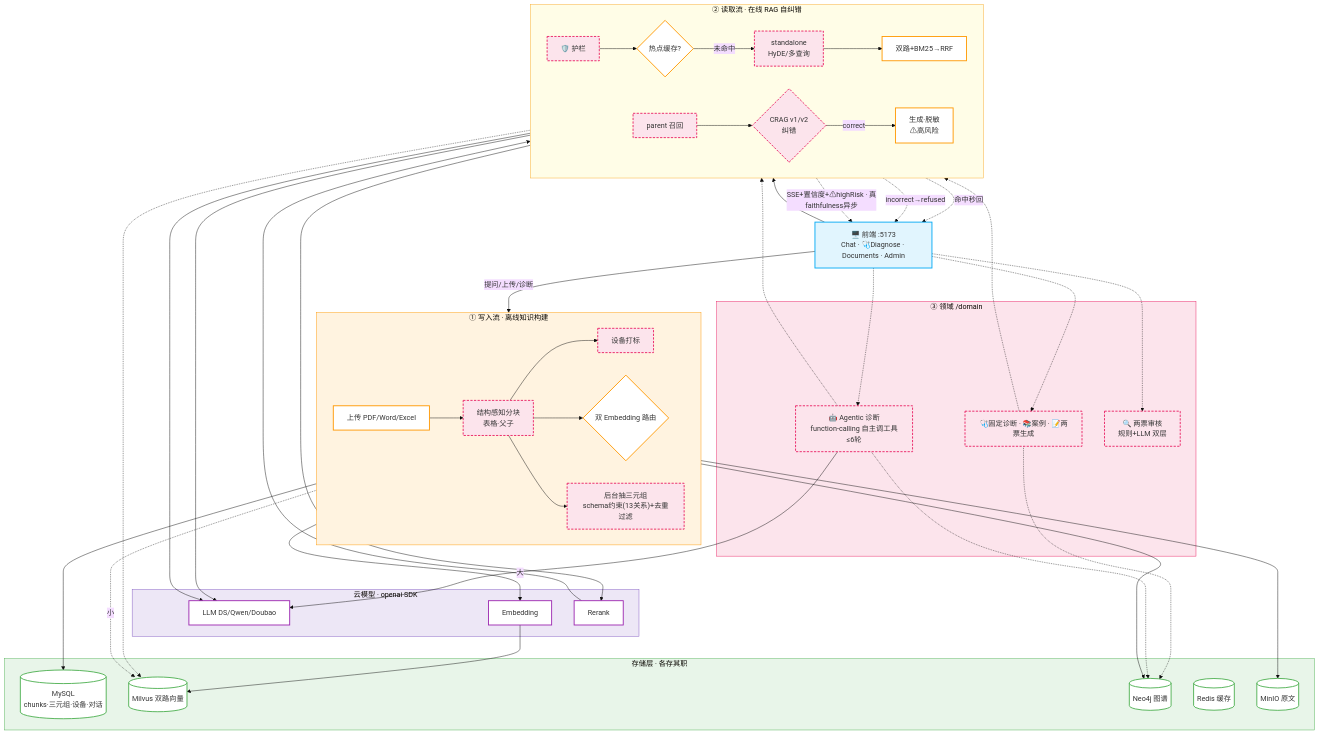
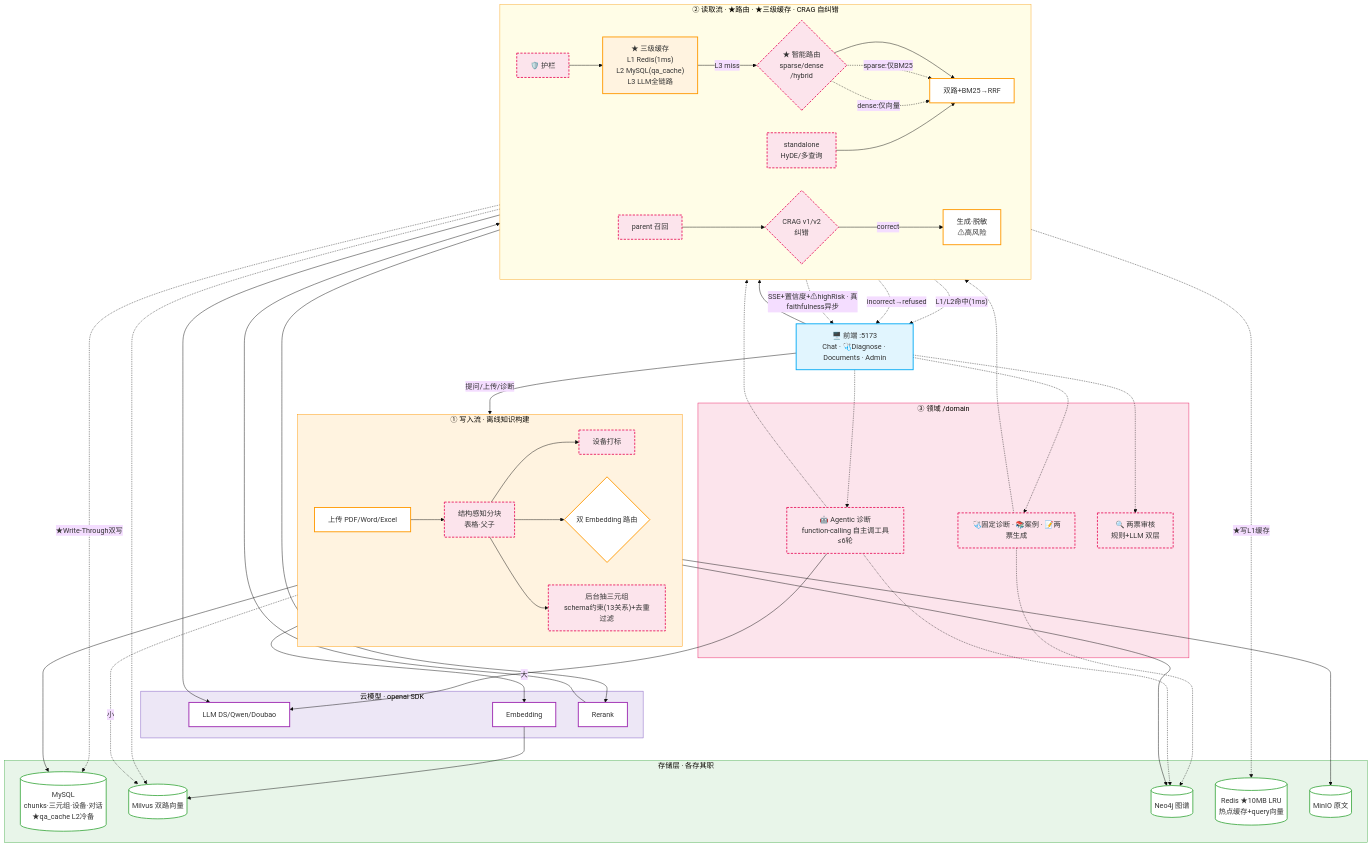
The first of 5 diagrams in README.md (zhyese/grid-qa), drawn with Mermaid (base theme) before and after one commit. The commit also changed other lines of this file, not shown here.

First line of the commit message:
docs: 更新全部 Mermaid 流程图 — 主架构/竖版/时序图补充路由+三级缓存

```diff
--- a/README.md
+++ b/README.md
@@ -51,6 +51,7 @@
     classDef storage fill:#ffffff,stroke:#4caf50,stroke-width:2px
     classDef llm fill:#ffffff,stroke:#9c27b0,stroke-width:2px
     classDef new fill:#fce4ec,stroke:#e91e63,stroke-width:2px,stroke-dasharray:5 3
+    classDef cache fill:#fff3e0,stroke:#ff9800,stroke-width:2px
 
     FE["🖥️ 前端 :5173<br/>Chat · 🩺Diagnose · Documents · Admin"]:::client
 
@@ -63,10 +64,11 @@
         ExtKG["后台抽三元组<br/>schema约束(13关系)+去重过滤"]:::new
     end
 
-    subgraph READ["② 读取流 · 在线 RAG 自纠错"]
+    subgraph READ["② 读取流 · ★路由 · ★三级缓存 · CRAG 自纠错"]
         direction LR
         Guard["🛡️ 护栏"]:::new
-        Cache{"热点缓存?"}:::process
+        Cache3L["★ 三级缓存<br/>L1 Redis(1ms)<br/>L2 MySQL(qa_cache)<br/>L3 LLM全链路"]:::cache
+        Route{"★ 智能路由<br/>sparse/dense<br/>/hybrid"}:::new
         Stand["standalone<br/>HyDE/多查询"]:::new
         Ret["双路+BM25→RRF"]:::process
         Parent["parent 召回"]:::new
@@ -81,10 +83,10 @@
     end
 
     subgraph STORE["存储层 · 各存其职"]
-        MySQL[("MySQL<br/>chunks·三元组·设备·对话")]:::storage
+        MySQL[("MySQL<br/>chunks·三元组·设备·对话<br/>★qa_cache L2冷备")]:::storage
         Milvus[("Milvus 双路向量")]:::storage
         Neo4j[("Neo4j 图谱")]:::storage
-        Redis[("Redis 缓存")]:::storage
+        Redis[("Redis ★10MB LRU<br/>热点缓存+query向量")]:::storage
         MinIO[("MinIO 原文")]:::storage
     end
 
@@ -102,15 +104,20 @@
     EmbR -->|"大"| EMB --> Milvus
     EmbR -.->|"小"| Milvus
     ExtKG --> Neo4j
-    Guard --> Cache
-    Cache -.->|"命中秒回"| FE
-    Cache -->|"未命中"| Stand
-    Stand --> LLM
-    Stand --> Ret --> RR --> Parent --> CRAG
+    Guard --> Cache3L
+    Cache3L -.->|"L1/L2命中(1ms)"| FE
+    Cache3L -->|"L3 miss"| Route
+    Route --> Ret
+    Route -.->|"sparse:仅BM25"| Ret
+    Route -.->|"dense:仅向量"| Ret
+    Stand --> Ret
+    Ret --> RR --> Parent --> CRAG
     Ret -.-> Milvus
     CRAG -->|"correct"| Gen --> LLM
     CRAG -.->|"incorrect→refused"| FE
     Gen -.->|"SSE+置信度+⚠highRisk · 真faithfulness异步"| FE
+    Gen -.->|"★Write-Through双写"| MySQL
+    Gen -.->|"★写L1缓存"| Redis
     Diag -.-> Ret & Neo4j
     Agent -.-> Ret & Neo4j
     Agent --> LLM
```
